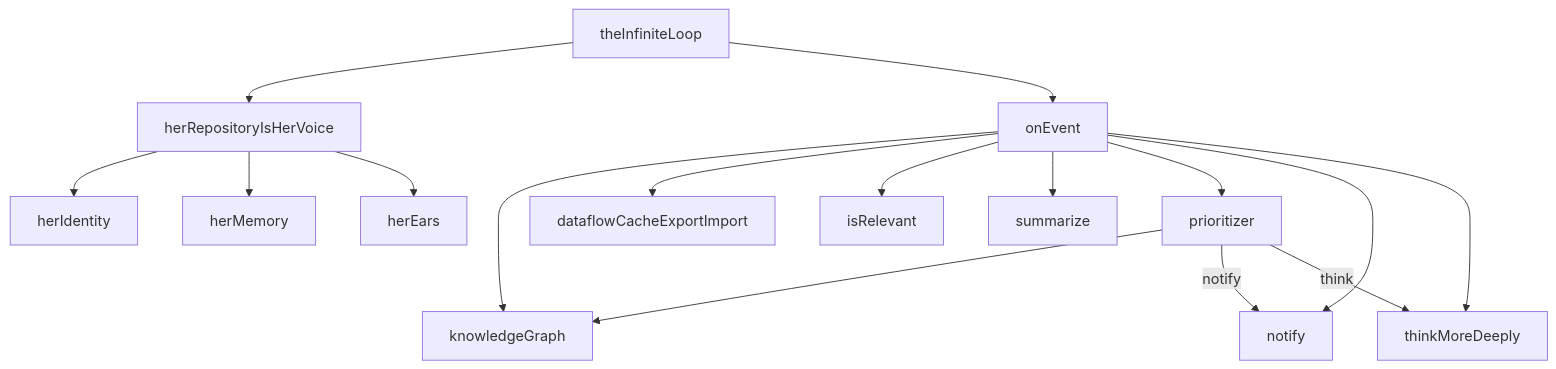
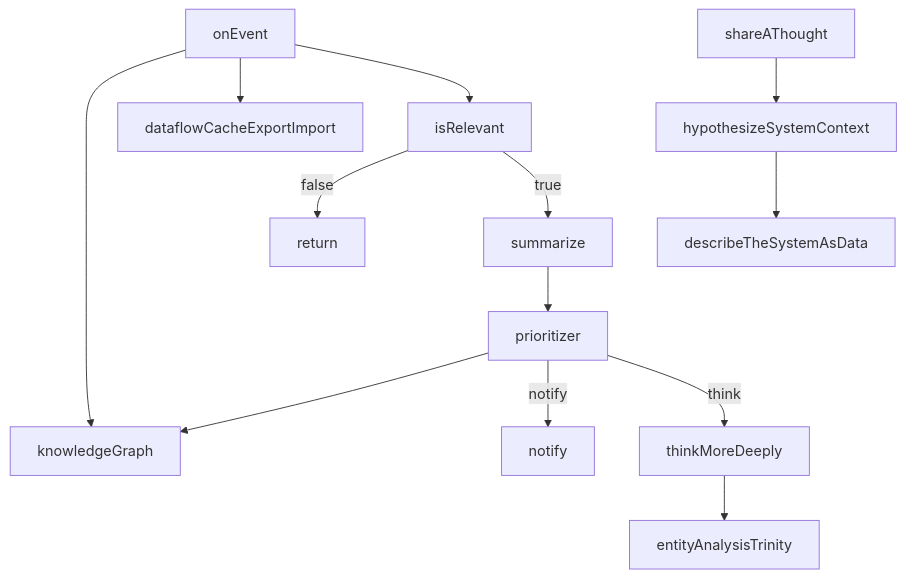
The first of 6 diagrams in ARCHITECTURE_REPORT.md (publicdomainrelay/open-architecture), drawn with Mermaid before and after one commit. The commit also changed other lines of this file, not shown here.

Commit message:
docs: regenerate architecture report (submodule paths fixed)

````diff
--- a/ARCHITECTURE_REPORT.md
+++ b/ARCHITECTURE_REPORT.md
@@ -156,21 +143,15 @@
 ```mermaid
 graph TD
-  TIL[theInfiniteLoop] --> HRIV[herRepositoryIsHerVoice]
-  TIL --> OE[onEvent]
-
-  OE --> KG[knowledgeGraph]
-  OE --> DCEI[dataflowCacheExportImport]
-  OE --> IR[isRelevant]
-  OE --> SUMM[summarize]
-  OE --> PRI[prioritizer]
-  OE --> NOTIFY[notify]
-  OE --> TMD[thinkMoreDeeply]
-
-  PRI --> KG
-  PRI -->|notify| NOTIFY
-  PRI -->|think| TMD
-
-  HRIV --> HI[herIdentity]
-  HRIV --> HM[herMemory]
-  HRIV --> HE[herEars]
+  onEvent --> knowledgeGraph
+  onEvent --> dataflowCacheExportImport
+  onEvent --> isRelevant
+  isRelevant -->|false| DROP[return]
+  isRelevant -->|true| summarize
+  summarize --> prioritizer
+  prioritizer --> knowledgeGraph
+  prioritizer -->|notify| notify
+  prioritizer -->|think| thinkMoreDeeply
+  thinkMoreDeeply --> entityAnalysisTrinity
+  shareAThought --> hypothesizeSystemContext
+  hypothesizeSystemContext --> describeTheSystemAsData
 ```
````
